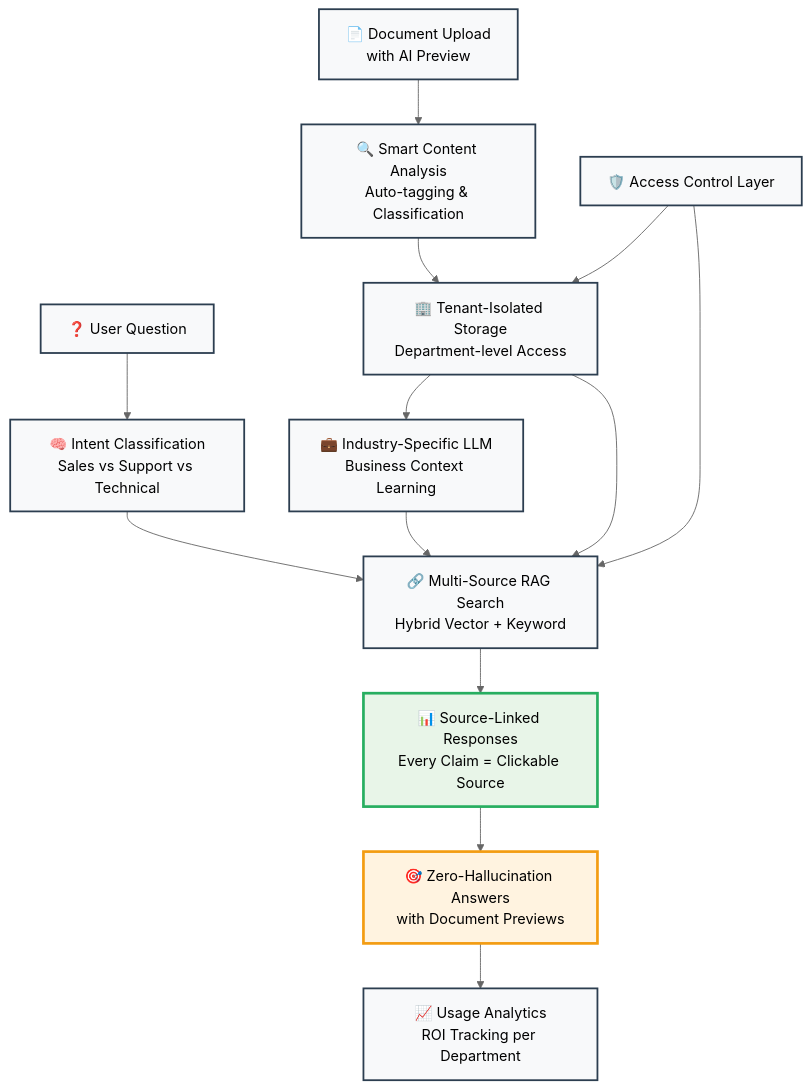
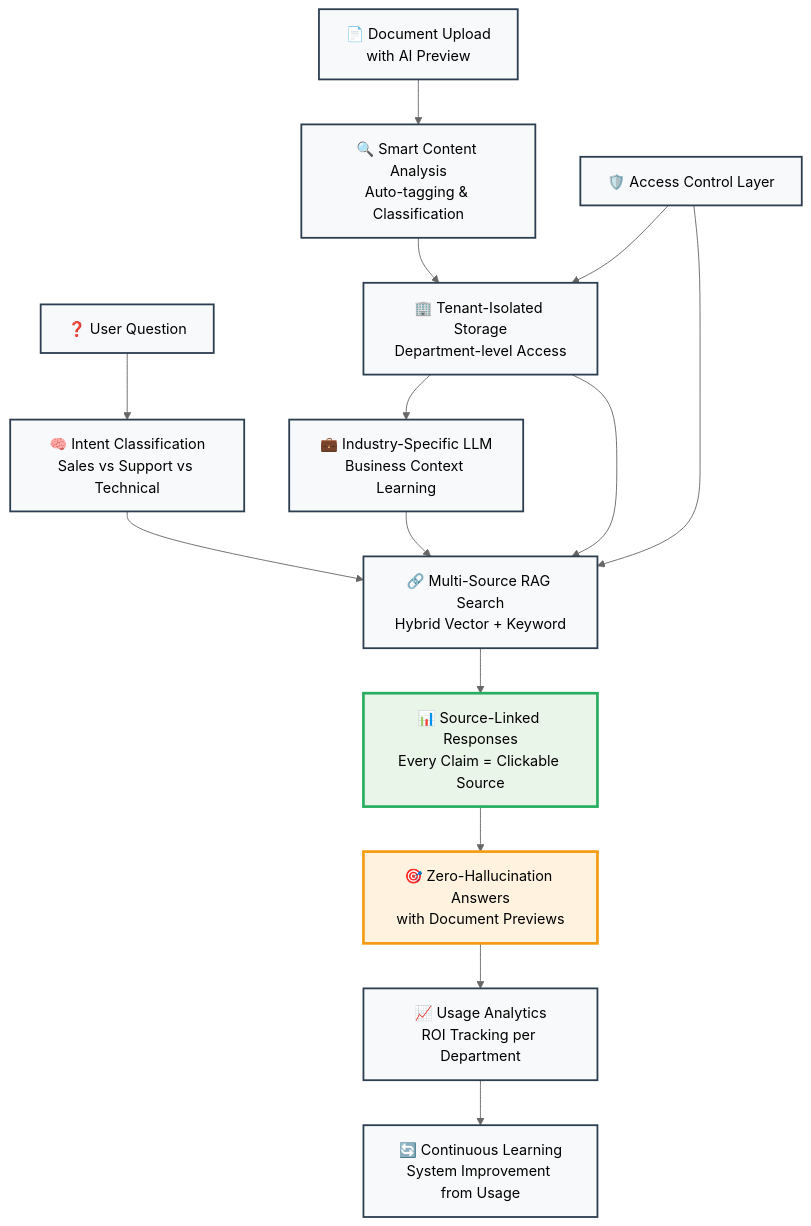
One commit to nicuk/docsflow changed the diagram in README.md. Above: the diagram before and after it, drawn with Mermaid (neutral theme). The commit also changed other lines of this file and 14 other files, not shown here.

First line of the commit message:
feat: Enhance README with technical architecture & fix TypeScript errors

````diff
--- a/README.md
+++ b/README.md
@@ -63,31 +63,33 @@
 ```mermaid
 graph TB
     A["📄 Document Upload<br/>with AI Preview"] --> B["🔍 Smart Content Analysis<br/>Auto-tagging & Classification"]
     B --> C["🏢 Tenant-Isolated Storage<br/>Department-level Access"]
     C --> D["💼 Industry-Specific LLM<br/>Business Context Learning"]
     
     E["❓ User Question"] --> F["🧠 Intent Classification<br/>Sales vs Support vs Technical"]
     F --> G["🔗 Multi-Source RAG Search<br/>Hybrid Vector + Keyword"]
     G --> H["📊 Source-Linked Responses<br/>Every Claim = Clickable Source"]
     
     D --> G
     C --> G
     
     H --> I["🎯 Zero-Hallucination Answers<br/>with Document Previews"]
     I --> J["📈 Usage Analytics<br/>ROI Tracking per Department"]
+    J --> K["🔄 Continuous Learning<br/>System Improvement from Usage"]
     
-    K["🛡️ Access Control Layer"] --> C
-    K --> G
+    L["🛡️ Access Control Layer"] --> C
+    L --> G
     
     style A fill:#f8f9fa,stroke:#2c3e50,stroke-width:2px,color:#000
     style B fill:#f8f9fa,stroke:#2c3e50,stroke-width:2px,color:#000
     style C fill:#f8f9fa,stroke:#2c3e50,stroke-width:2px,color:#000
     style D fill:#f8f9fa,stroke:#2c3e50,stroke-width:2px,color:#000
     style E fill:#f8f9fa,stroke:#2c3e50,stroke-width:2px,color:#000
     style F fill:#f8f9fa,stroke:#2c3e50,stroke-width:2px,color:#000
     style G fill:#f8f9fa,stroke:#2c3e50,stroke-width:2px,color:#000
     style H fill:#e8f5e8,stroke:#27ae60,stroke-width:3px,color:#000
     style I fill:#fff3e0,stroke:#f39c12,stroke-width:3px,color:#000
     style J fill:#f8f9fa,stroke:#2c3e50,stroke-width:2px,color:#000
     style K fill:#f8f9fa,stroke:#2c3e50,stroke-width:2px,color:#000
+    style L fill:#f8f9fa,stroke:#2c3e50,stroke-width:2px,color:#000
 ```
````
